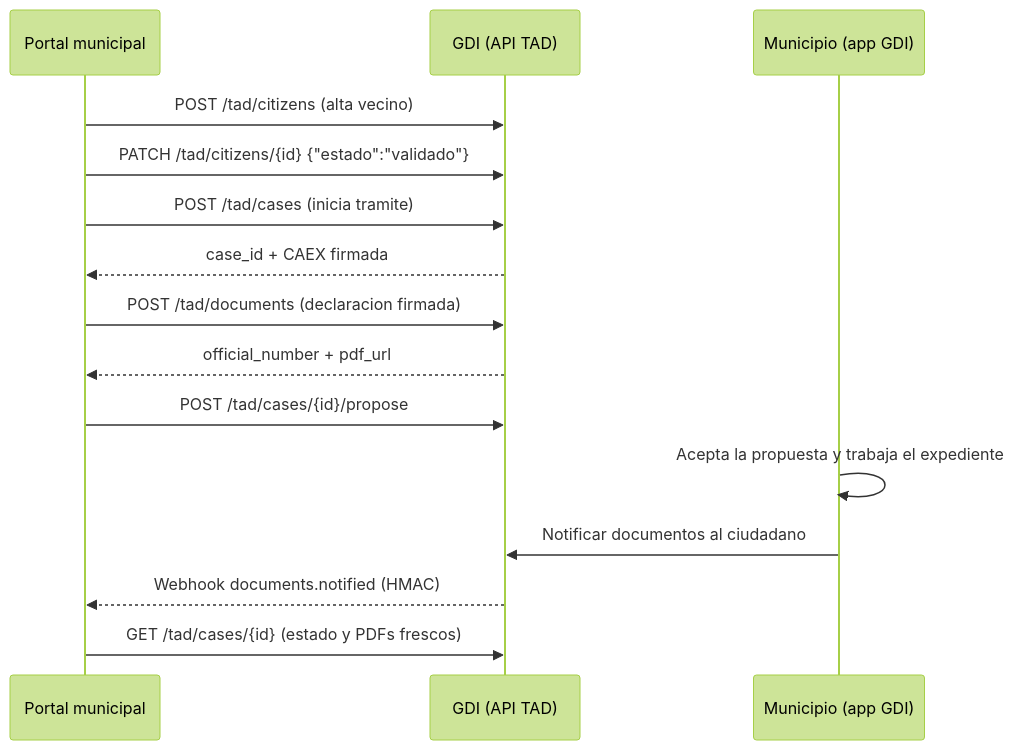
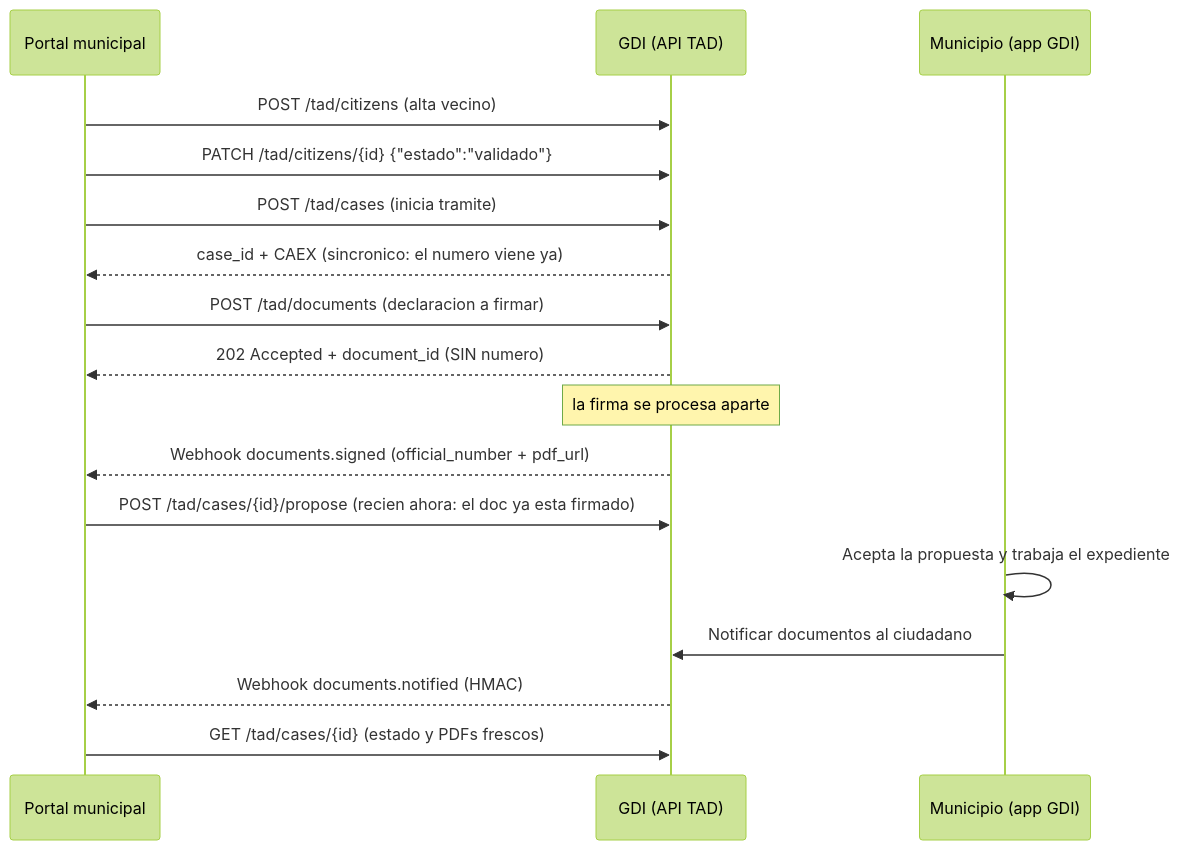
Before and after one commit to GDI-AGPLv3/GDI-Docs: the diagram in docs/desarrollo/gateway/rest-api/tad/expedientes.md, drawn with Mermaid (forest theme). The commit also changed 4 other files, not shown here.

````diff
--- a/docs/desarrollo/gateway/rest-api/tad/expedientes.md
+++ b/docs/desarrollo/gateway/rest-api/tad/expedientes.md
@@ -165,18 +165,20 @@
 ```mermaid
 sequenceDiagram
     participant P as Portal municipal
     participant G as GDI (API TAD)
     participant M as Municipio (app GDI)
 
     P->>G: POST /tad/citizens (alta vecino)
     P->>G: PATCH /tad/citizens/{id} {"estado":"validado"}
     P->>G: POST /tad/cases (inicia tramite)
-    G-->>P: case_id + CAEX firmada
-    P->>G: POST /tad/documents (declaracion firmada)
-    G-->>P: official_number + pdf_url
-    P->>G: POST /tad/cases/{id}/propose
+    G-->>P: case_id + CAEX (sincronico: el numero viene ya)
+    P->>G: POST /tad/documents (declaracion a firmar)
+    G-->>P: 202 Accepted + document_id (SIN numero)
+    Note over G: la firma se procesa aparte
+    G-->>P: Webhook documents.signed (official_number + pdf_url)
+    P->>G: POST /tad/cases/{id}/propose (recien ahora: el doc ya esta firmado)
     M->>M: Acepta la propuesta y trabaja el expediente
     M->>G: Notificar documentos al ciudadano
     G-->>P: Webhook documents.notified (HMAC)
     P->>G: GET /tad/cases/{id} (estado y PDFs frescos)
 ```
````
